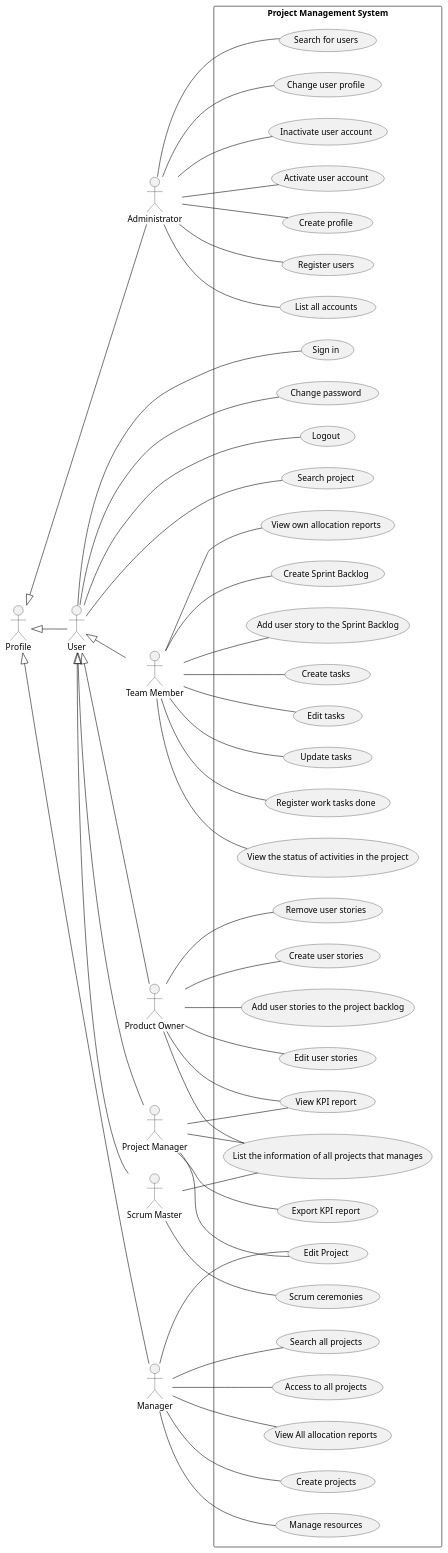
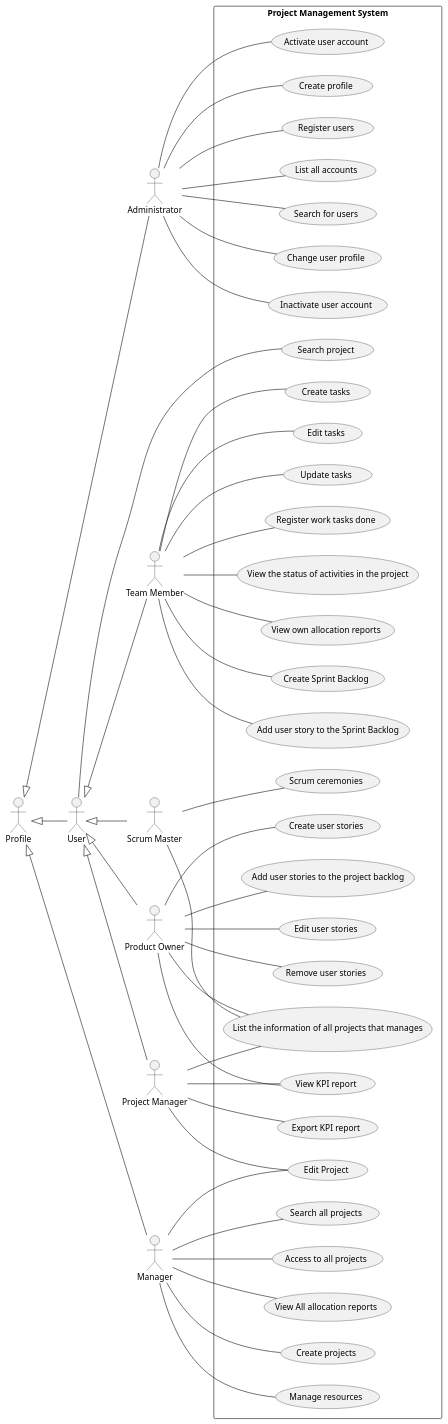
One commit to ivo-menezes/project_g3 changed the diagram in docs/modelling_design/use_case_diagram/project_management_system.puml. Above: the diagram before and after it, drawn with PlantUML.

Commit message:
Use Case Diagram: Design: New updates

```diff
--- a/docs/modelling_design/use_case_diagram/project_management_system.puml
+++ b/docs/modelling_design/use_case_diagram/project_management_system.puml
@@ -1,65 +1,62 @@
 @startuml
 left to right direction
 
 :Profile: as Profile
 Profile <|-- :Administrator:
 Profile <|-- :User:
 Profile <|-- :Manager:
 :User:<|-- :Team Member:
 :User:<|-- :Product Owner:
 :User:<|-- :Project Manager:
 :User:<|-- :Scrum Master:
 
 rectangle "Project Management System"{
 
-User -- (Sign in)
-User -- (Change password)
-User -- (Logout)
 User -- (Search project)
 
 :Administrator: as Administrator
 Administrator -- (Create profile)
 Administrator -- (Register users)
 Administrator -- (List all accounts)
 Administrator -- (Search for users)
 Administrator -- (Change user profile)
 Administrator -- (Inactivate user account)
 Administrator -- (Activate user account)
 
 :Manager: as Manager
 Manager -- (Create projects)
 Manager -- (Manage resources)
 Manager -- (Search all projects)
 Manager -- (Access to all projects)
 Manager -- (Edit Project)
 Manager -- (View All allocation reports)
 
 :Team Member: as "Team Member"
 "Team Member" -- (Create Sprint Backlog)
 "Team Member" -- (Add user story to the Sprint Backlog)
 "Team Member" -- (Create tasks)
 "Team Member" -- (Edit tasks)
 "Team Member" -- (Update tasks)
 "Team Member" -- (Register work tasks done)
 "Team Member" -- (View the status of activities in the project)
 "Team Member" -- (View own allocation reports)
 
 :Project Manager: as "Project Manager"
 "Project Manager" -- (List the information of all projects that manages)
 "Project Manager" -- (Edit Project)
 "Project Manager" -- (View KPI report)
 "Project Manager" -- (Export KPI report)
 
 :Product Owner: as "Product Owner"
 "Product Owner" -- (List the information of all projects that manages)
 "Product Owner" -- (Create user stories)
 "Product Owner" -- (Add user stories to the project backlog)
 "Product Owner" -- (Edit user stories)
 "Product Owner" -- (Remove user stories)
 "Product Owner" -- (View KPI report)
 
 :Scrum Master: as "Scrum Master"
 "Scrum Master" -- (List the information of all projects that manages)
 "Scrum Master" -- (Scrum ceremonies)
 }
 @enduml
```
